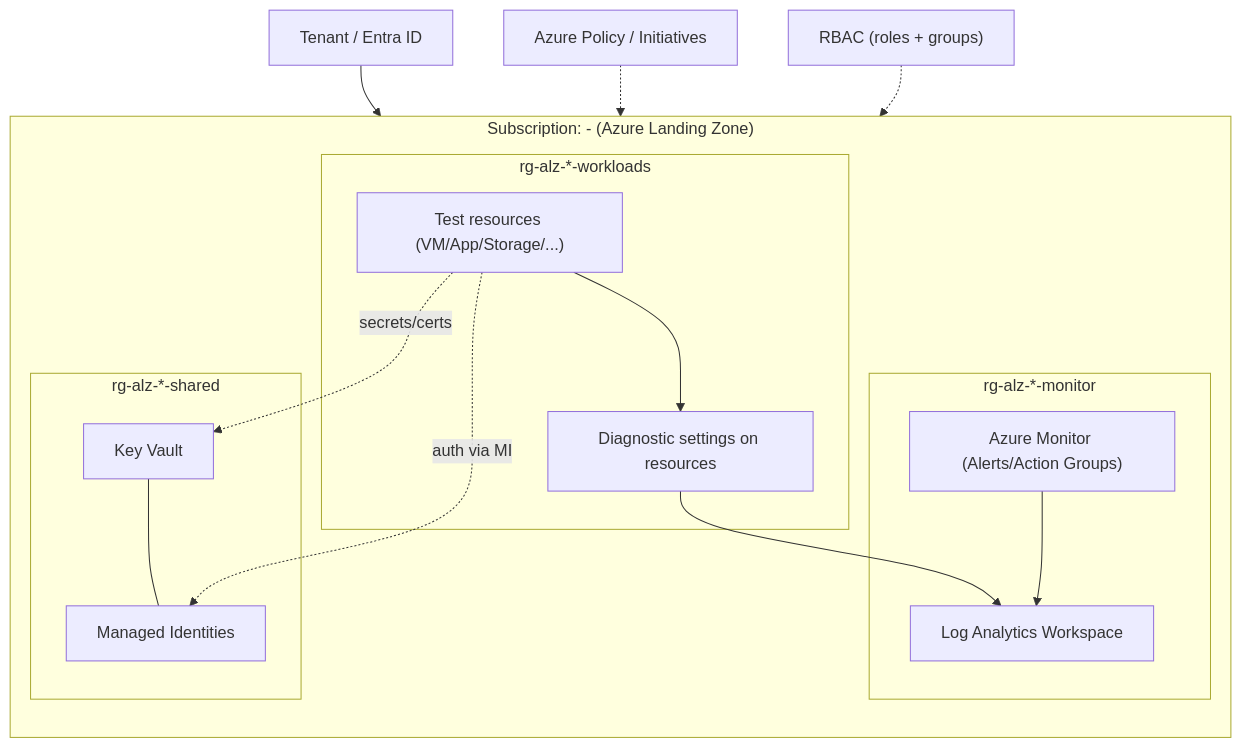
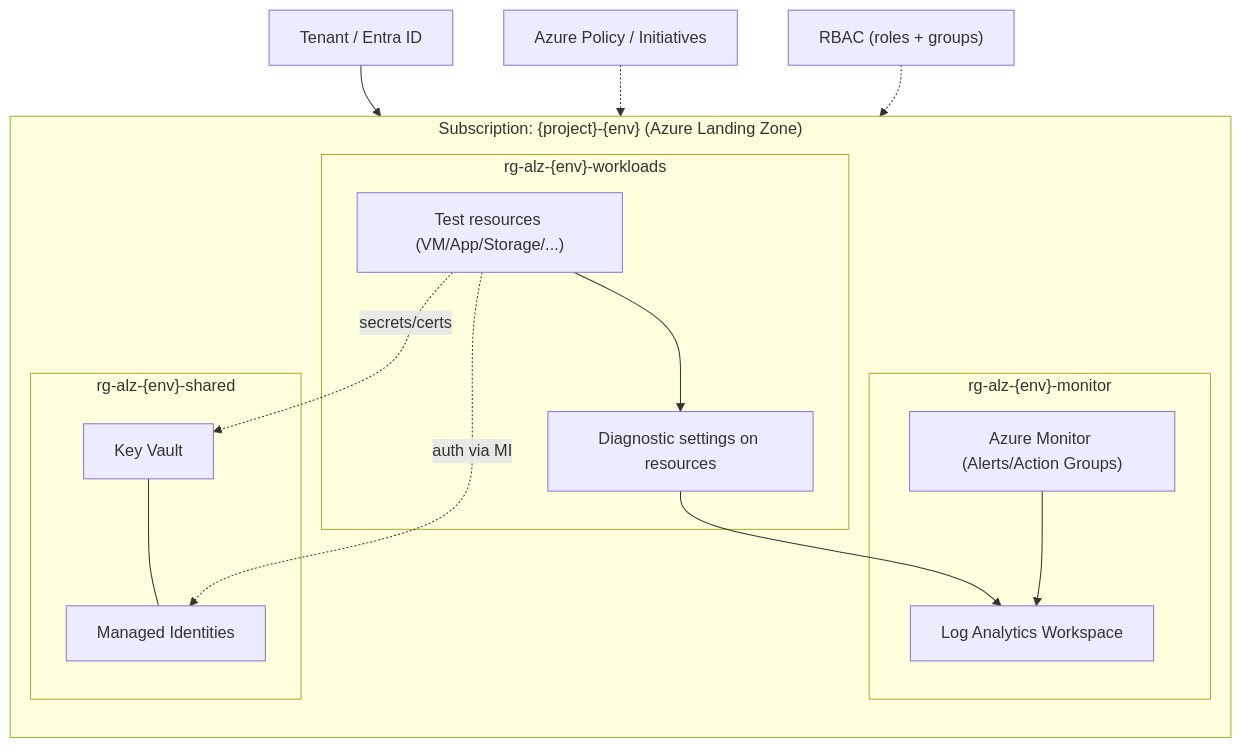
One commit to SebastianCichonski/Azure-Landing-Zone changed the diagram in README.md. Above: the diagram before and after it, drawn with Mermaid. The commit also changed other lines of this file, not shown here.

````diff
--- a/README.md
+++ b/README.md
@@ -51,34 +51,34 @@
 ```mermaid
 flowchart TB
-  A["Tenant / Entra ID"] --> S["Subscription: <project>-<env> (Azure Landing Zone)"]
+  A["Tenant / Entra ID"] --> S["Subscription: {project}-{env} (Azure Landing Zone)"]
 
-  subgraph S["Subscription: <project>-<env> (Azure Landing Zone)"]
+  subgraph S["Subscription: {project}-{env} (Azure Landing Zone)"]
     direction TB
 
-    subgraph MON["rg-alz-*-monitor"]
+    subgraph MON["rg-alz-{env}-monitor"]
       LA["Log Analytics Workspace"]
       AM["Azure Monitor (Alerts/Action Groups)"]
     end
 
-    subgraph SH["rg-alz-*-shared"]
+    subgraph SH["rg-alz-{env}-shared"]
       KV["Key Vault"]
       MI["Managed Identities"]
       KV --- MI
     end
 
-    subgraph WL["rg-alz-*-workloads"]
+    subgraph WL["rg-alz-{env}-workloads"]
       RES["Test resources (VM/App/Storage/...)"]
       DIAG["Diagnostic settings on resources"]
       RES --> DIAG
     end
 
     DIAG --> LA
     RES -. "auth via MI" .-> MI
     RES -. "secrets/certs" .-> KV
     AM --> LA
   end
 
   P["Azure Policy / Initiatives"] -.-> S
   R["RBAC (roles + groups)"] -.-> S
 
 ```
````
